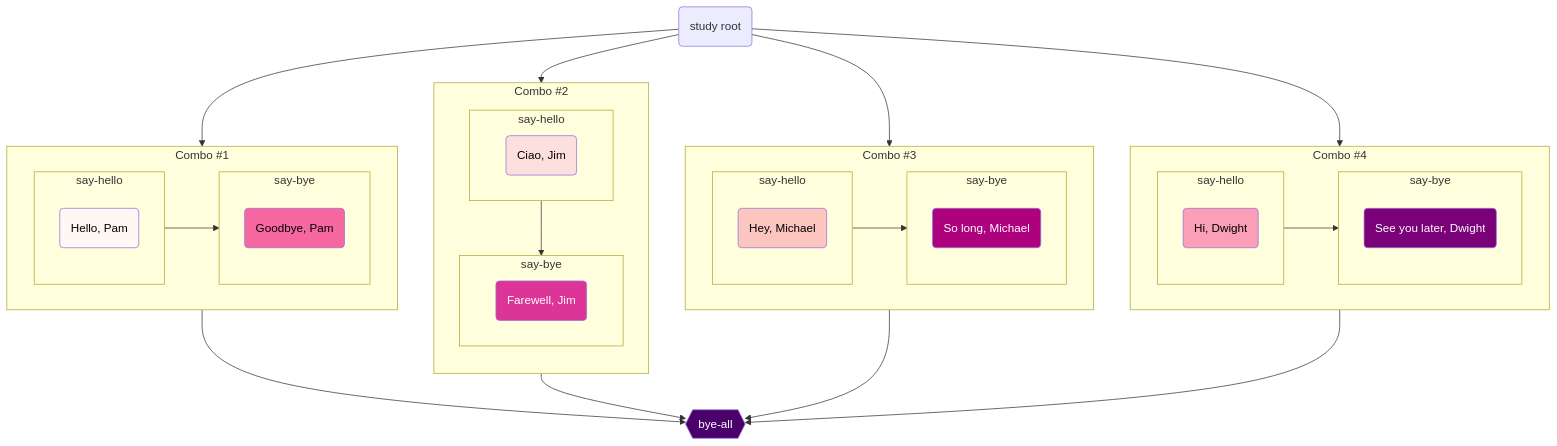
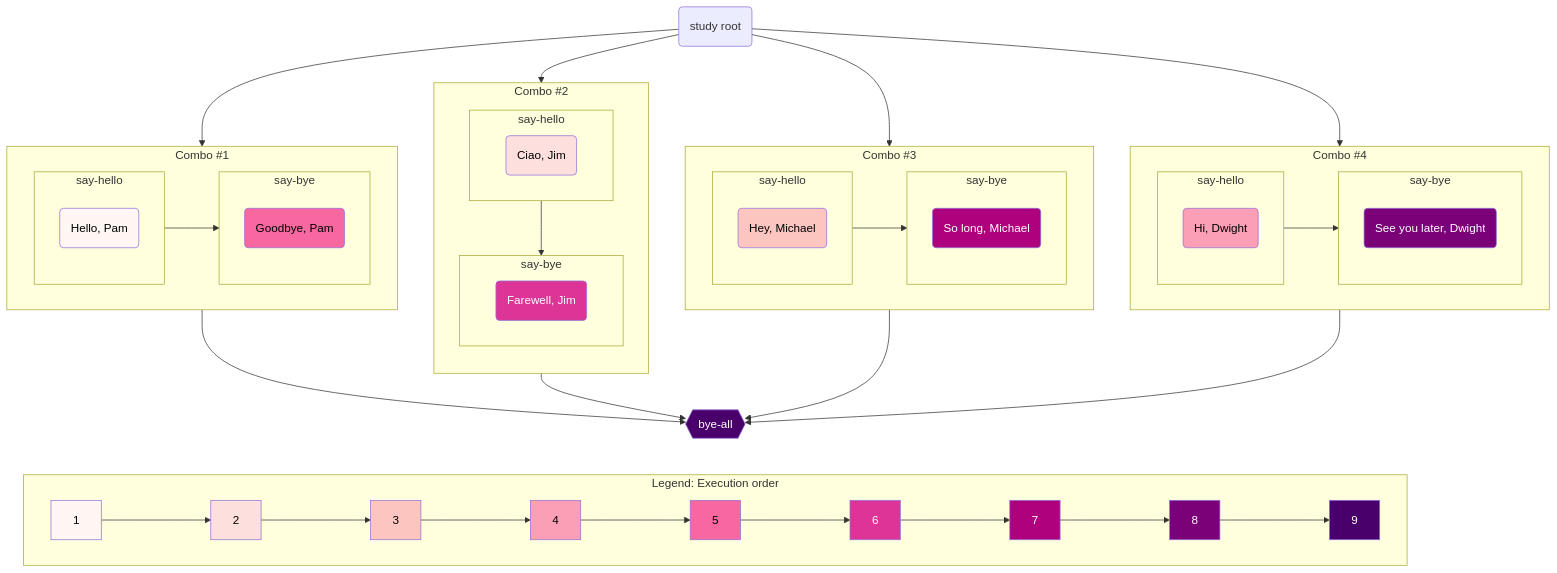
The first of 2 diagrams in docs/Maestro/specification.md (LLNL/maestrowf), drawn with Mermaid before and after one commit. The commit also changed other lines of this file, not shown here.

Commit message:
Add execution order legend

````diff
--- a/docs/Maestro/specification.md
+++ b/docs/Maestro/specification.md
@@ -500,14 +500,38 @@
     COMBO4 --> J{{bye-all}}
     
     
-    style B fill:#fff7f3,color:#000000
-    style C fill:#f768a1,color:#000000
-    style D fill:#fde0dd,color:#000000
-    style E fill:#dd3497,color:#FFFFFF
-    style F fill:#fcc5c0,color:#000000
-    style G fill:#ae017e,color:#FFFFFF
-    style H fill:#fa9fb5,color:#000000
-    style I fill:#7a0177,color:#FFFFFF
-    style J fill:#49006a,color:#FFFFFF
+    style B fill:#fff7f3,color:#000000;
+    style C fill:#f768a1,color:#000000;
+    style D fill:#fde0dd,color:#000000;
+    style E fill:#dd3497,color:#FFFFFF;
+    style F fill:#fcc5c0,color:#000000;
+    style G fill:#ae017e,color:#FFFFFF;
+    style H fill:#fa9fb5,color:#000000;
+    style I fill:#7a0177,color:#FFFFFF;
+    style J fill:#49006a,color:#FFFFFF;
 
+    subgraph LEGEND [Legend: Execution order]
+      direction LR
+      BL[1]---> DL[2]
+      DL ---> FL[3]
+      FL ---> HL[4]
+      HL ---> CL[5]
+      CL ---> EL[6]
+      EL ---> GL[7]
+      GL ---> IL[8]
+      IL ---> JL[9]
+      style BL fill:#fff7f3,color:#000000;
+      style CL fill:#f768a1,color:#000000;
+      style DL fill:#fde0dd,color:#000000;
+      style EL fill:#dd3497,color:#FFFFFF;
+      style FL fill:#fcc5c0,color:#000000;
+      style GL fill:#ae017e,color:#FFFFFF;
+      style HL fill:#fa9fb5,color:#000000;
+      style IL fill:#7a0177,color:#FFFFFF;
+      style JL fill:#49006a,color:#FFFFFF;
+
+    end
+    
+    J --- LEGEND
+    linkStyle 20 stroke-width:0px;
 ```
````
